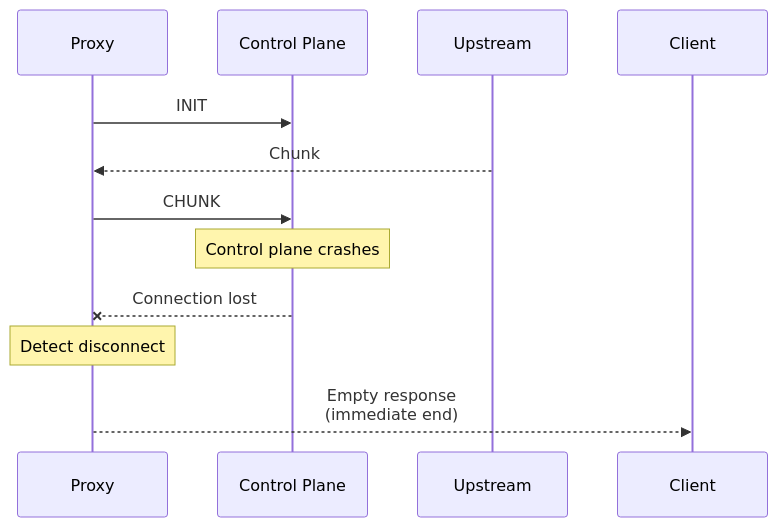
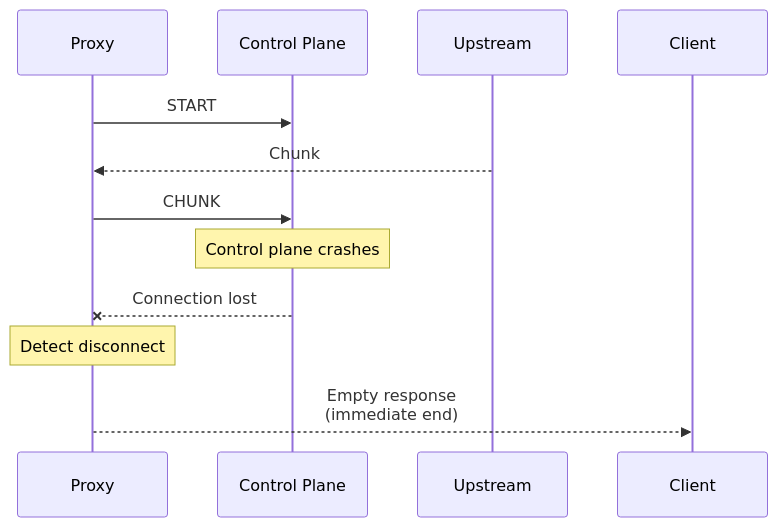
Before and after one commit to LuthienResearch/luthien-proxy: the fifth of 5 diagrams in dev/streaming-rewrite-plan.md, drawn with Mermaid. The commit also changed other lines of this file, not shown here.

````diff
--- a/dev/streaming-rewrite-plan.md
+++ b/dev/streaming-rewrite-plan.md
@@ -196,15 +249,15 @@
 ```mermaid
 sequenceDiagram
     participant P as Proxy
     participant C as Control Plane
     participant U as Upstream
 
-    P->>C: INIT
+    P->>C: START
     U-->>P: Chunk #1
     P->>C: CHUNK #1
     Note over C: Control plane crashes
     C--xP: Connection lost
 
     Note over P: Detect disconnect
     P-->>Client: Empty response<br/>(immediate end)
 ```
````
